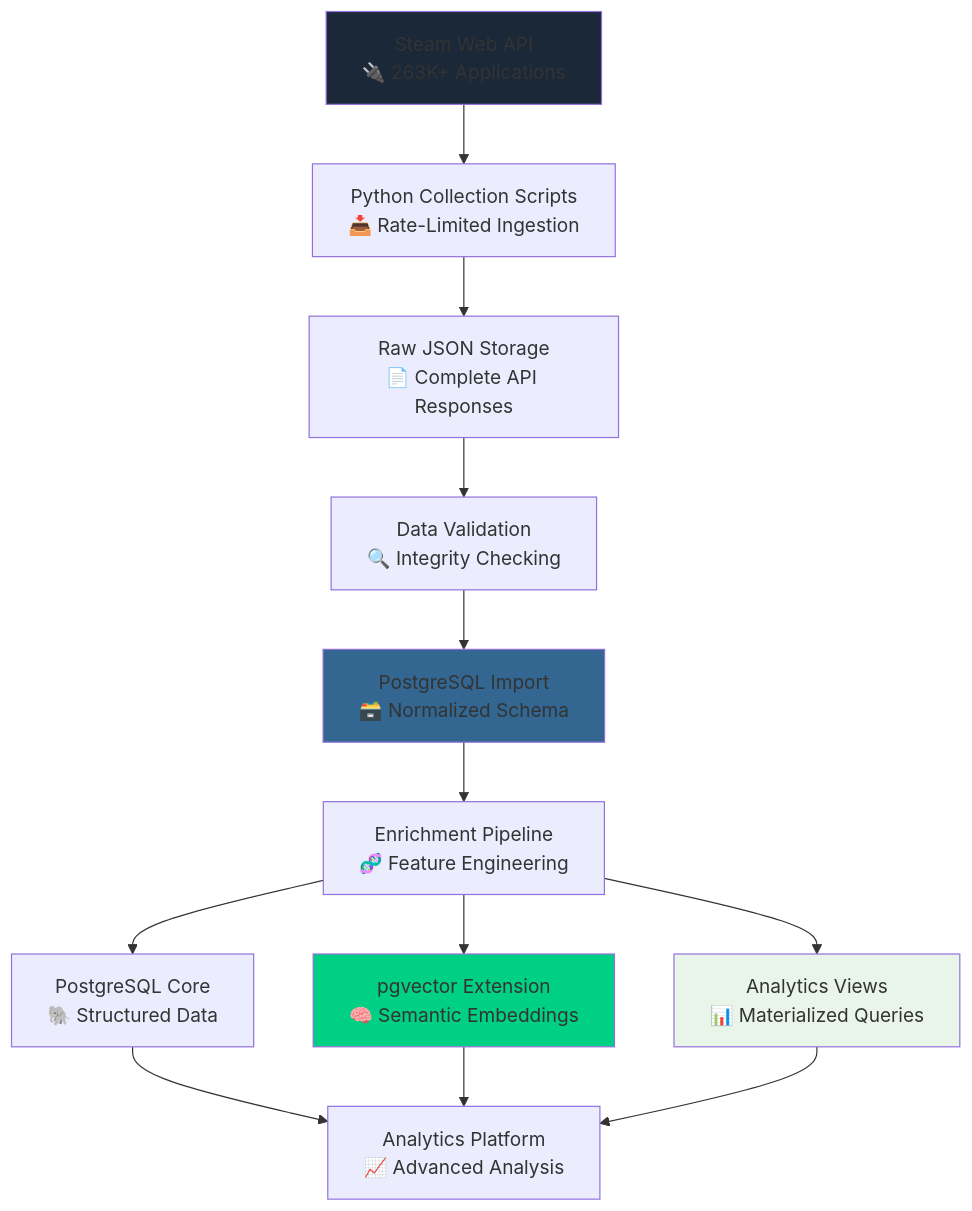
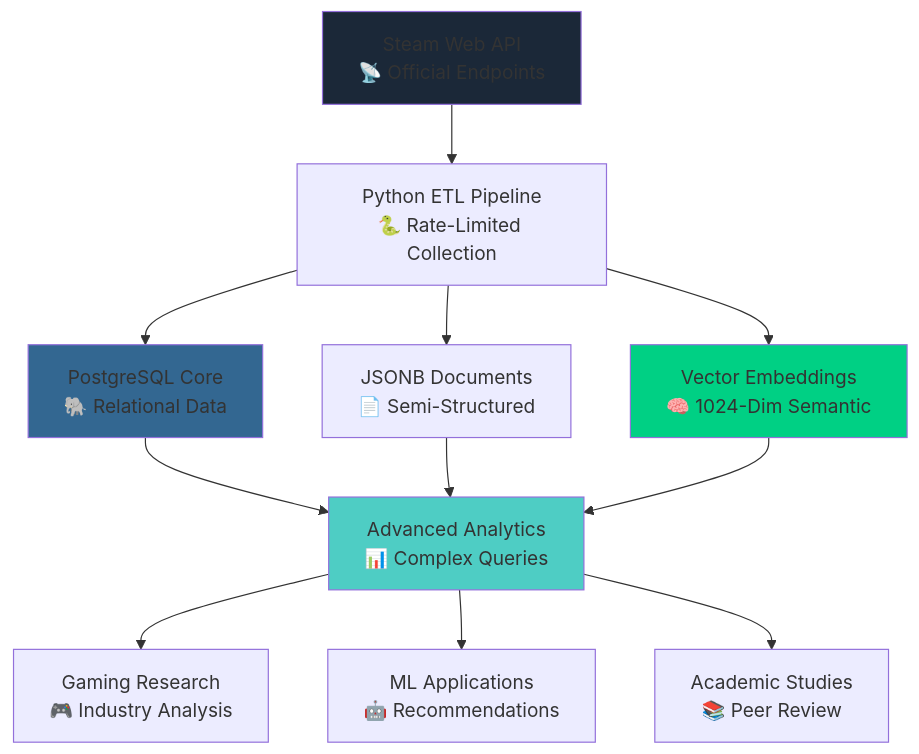
One commit to vintagedon/steam-dataset-2025 changed the diagram in README.md. Above: the diagram before and after it, drawn with Mermaid. The commit also changed other lines of this file and 32 other files, not shown here.

````diff
--- a/README.md
+++ b/README.md
@@ -88,21 +121,20 @@
 ```mermaid
 graph TD
-    A[Steam Web API<br/>🔌 263K+ Applications] --> B[Python Collection Scripts<br/>📥 Rate-Limited Ingestion]
-    B --> C[Raw JSON Storage<br/>📄 Complete API Responses]
-    C --> D[Data Validation<br/>🔍 Integrity Checking]
-    D --> E[PostgreSQL Import<br/>🗃️ Normalized Schema]
-    E --> F[Enrichment Pipeline<br/>🧬 Feature Engineering]
+    A[Steam Web API<br/>📡 Official Endpoints] --> B[Python ETL Pipeline<br/>🐍 Rate-Limited Collection]
+    B --> C[PostgreSQL Core<br/>🐘 Relational Data]
+    B --> D[JSONB Documents<br/>📄 Semi-Structured]
+    B --> E[Vector Embeddings<br/>🧠 1024-Dim Semantic]
     
-    F --> G[PostgreSQL Core<br/>🐘 Structured Data]
-    F --> H[pgvector Extension<br/>🧠 Semantic Embeddings]
-    F --> I[Analytics Views<br/>📊 Materialized Queries]
+    C --> F[Advanced Analytics<br/>📊 Complex Queries]
+    D --> F
+    E --> F
     
-    G --> J[Analytics Platform<br/>📈 Advanced Analysis]
-    H --> J
-    I --> J
+    F --> G[Gaming Research<br/>🎮 Industry Analysis]
+    F --> H[ML Applications<br/>🤖 Recommendations]
+    F --> I[Academic Studies<br/>📚 Peer Review]
     
     style A fill:#1b2838
-    style E fill:#336791
-    style H fill:#00d084
-    style I fill:#e8f5e8
+    style C fill:#336791
+    style E fill:#00d084
+    style F fill:#4ecdc4
 ```
````
